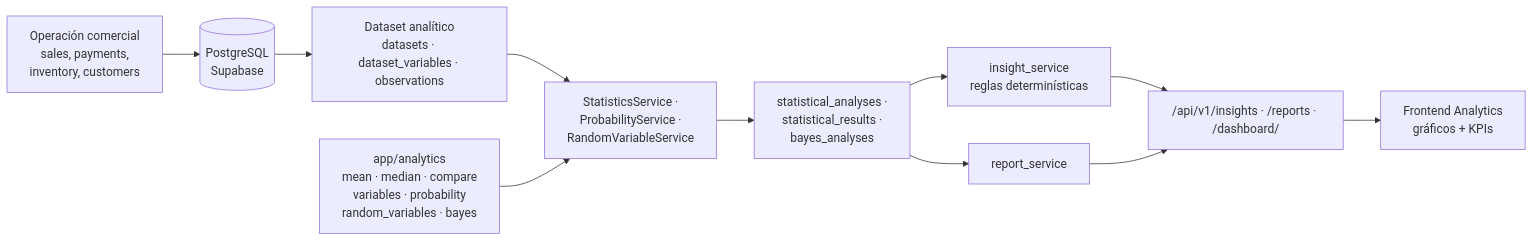
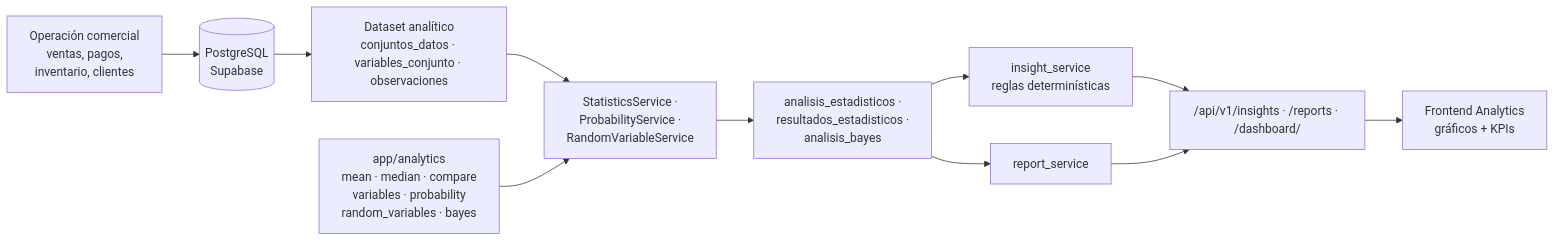
One commit to Grupo-04-Senati/SALESIA-ENTERPRISE changed the second of 4 diagrams in docs/02_arquitectura.md. Above: the diagram before and after it, drawn with Mermaid. The commit also changed other lines of this file and 84 other files, not shown here.

````diff
--- a/docs/02_arquitectura.md
+++ b/docs/02_arquitectura.md
@@ -113,13 +113,13 @@
 ```mermaid
 flowchart LR
-    O[Operación comercial<br/>sales, payments,<br/>inventory, customers] --> P[(PostgreSQL<br/>Supabase)]
-    P --> DS[Dataset analítico<br/>datasets · dataset_variables · observations]
+    O[Operación comercial<br/>ventas, pagos,<br/>inventario, clientes] --> P[(PostgreSQL<br/>Supabase)]
+    P --> DS[Dataset analítico<br/>conjuntos_datos · variables_conjunto · observaciones]
     DS --> SVC[StatisticsService ·<br/>ProbabilityService ·<br/>RandomVariableService]
     ENG["app/analytics<br/>mean · median · compare<br/>variables · probability<br/>random_variables · bayes"] --> SVC
-    SVC --> RES[statistical_analyses ·<br/>statistical_results ·<br/>bayes_analyses]
+    SVC --> RES[analisis_estadisticos ·<br/>resultados_estadisticos ·<br/>analisis_bayes]
     RES --> INS[insight_service<br/>reglas determinísticas]
     RES --> REP[report_service]
     INS --> API["/api/v1/insights · /reports · /dashboard/"]
     REP --> API
     API --> UI[Frontend Analytics<br/>gráficos + KPIs]
 ```
````
